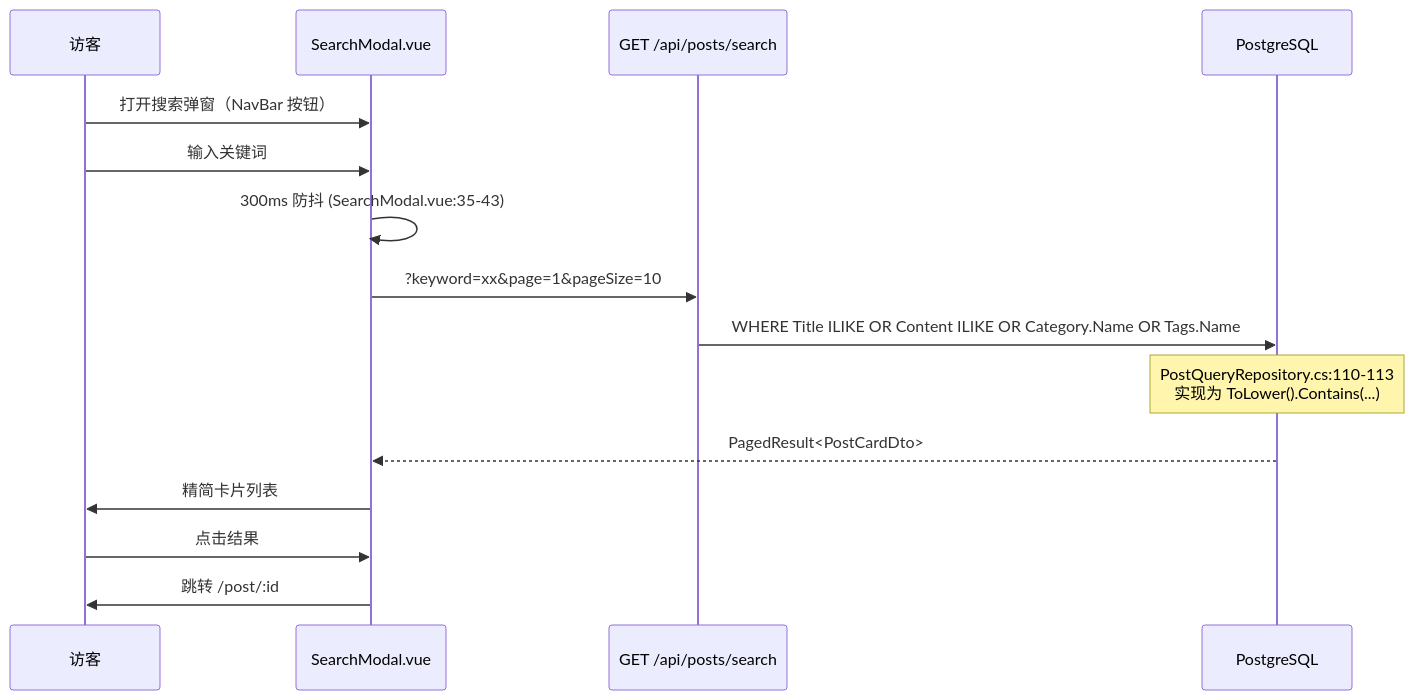
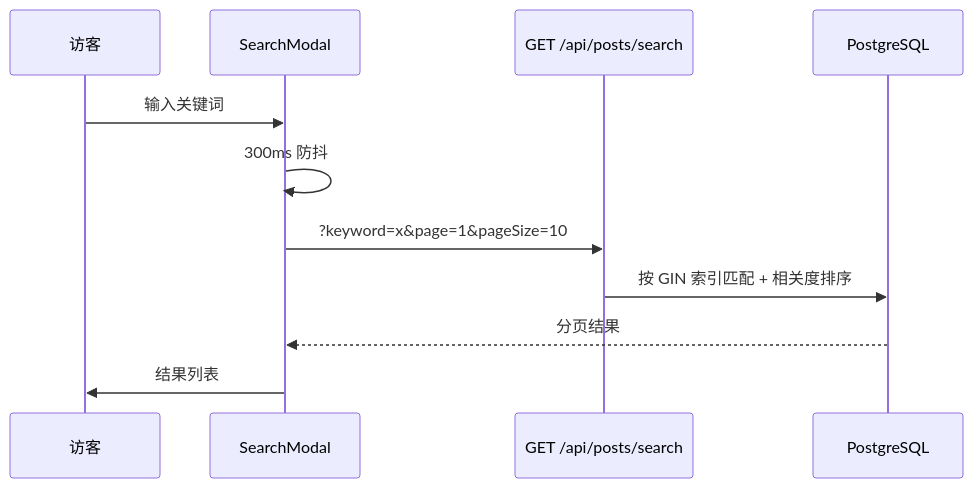
One commit to whyitsy/blog-CI-CD changed the ninth of 12 diagrams in docs/business.md. Above: the diagram before and after it, drawn with Mermaid. The commit also changed other lines of this file and 12 other files, not shown here.

````diff
--- a/docs/business.md
+++ b/docs/business.md
@@ -187,18 +369,14 @@
 ```mermaid
 sequenceDiagram
   participant U as 访客
-  participant Modal as SearchModal.vue
+  participant FE as SearchModal
   participant API as GET /api/posts/search
   participant DB as PostgreSQL
 
-  U->>Modal: 打开搜索弹窗（NavBar 按钮）
-  U->>Modal: 输入关键词
-  Modal->>Modal: 300ms 防抖 (SearchModal.vue:35-43)
-  Modal->>API: ?keyword=xx&page=1&pageSize=10
-  API->>DB: WHERE Title ILIKE OR Content ILIKE OR Category.Name OR Tags.Name
-  Note over DB: PostQueryRepository.cs:110-113<br/>实现为 ToLower().Contains(...)
-  DB-->>Modal: PagedResult<PostCardDto>
-  Modal->>U: 精简卡片列表
-  U->>Modal: 点击结果
-  Modal->>U: 跳转 /post/:id
+  U->>FE: 输入关键词
+  FE->>FE: 300ms 防抖
+  FE->>API: ?keyword=x&page=1&pageSize=10
+  API->>DB: 按 GIN 索引匹配 + 相关度排序
+  DB-->>FE: 分页结果
+  FE->>U: 结果列表
 ```
````
